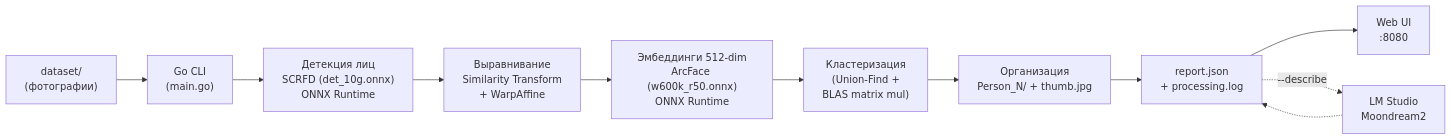
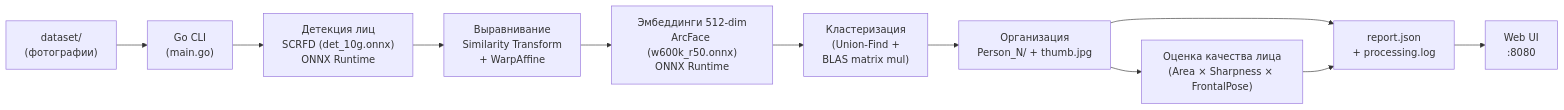
One commit to kont1n/VibeCoding changed the diagram in README.md. Above: the diagram before and after it, drawn with Mermaid. The commit also changed other lines of this file and 17 other files, not shown here.

````diff
--- a/README.md
+++ b/README.md
@@ -7,13 +7,13 @@
 ```mermaid
 flowchart LR
     A["dataset/\n(фотографии)"] --> B["Go CLI\n(main.go)"]
     B --> C["Детекция лиц\nSCRFD (det_10g.onnx)\nONNX Runtime"]
     C --> D["Выравнивание\nSimilarity Transform\n+ WarpAffine"]
     D --> E["Эмбеддинги 512-dim\nArcFace (w600k_r50.onnx)\nONNX Runtime"]
     E --> F["Кластеризация\n(Union-Find +\nBLAS matrix mul)"]
     F --> G["Организация\nPerson_N/ + thumb.jpg"]
     G --> H["report.json\n+ processing.log"]
     H --> I["Web UI\n:8080"]
-    H -.->|"--describe"| J["LM Studio\nMoondream2"]
-    J -.-> H
+    G --> J["Оценка качества лица\n(Area × Sharpness × FrontalPose)"]
+    J --> H
 ```
````
